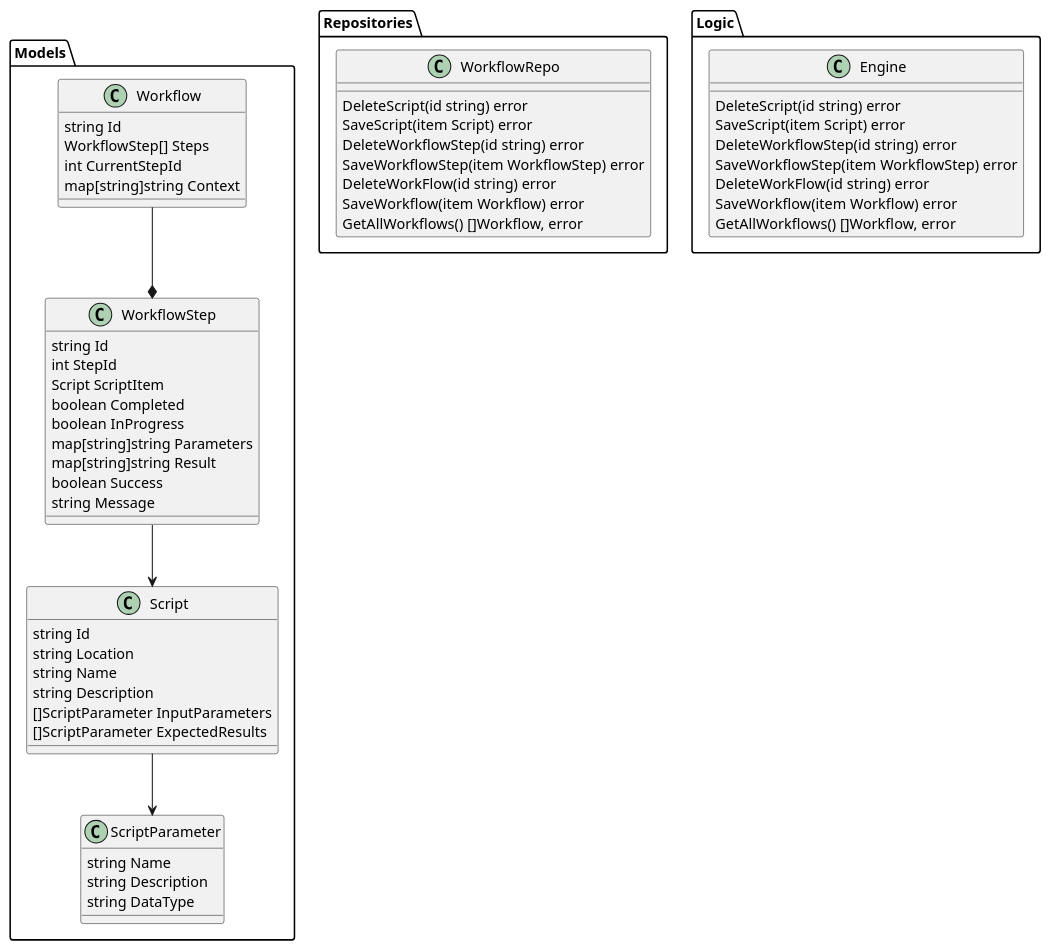
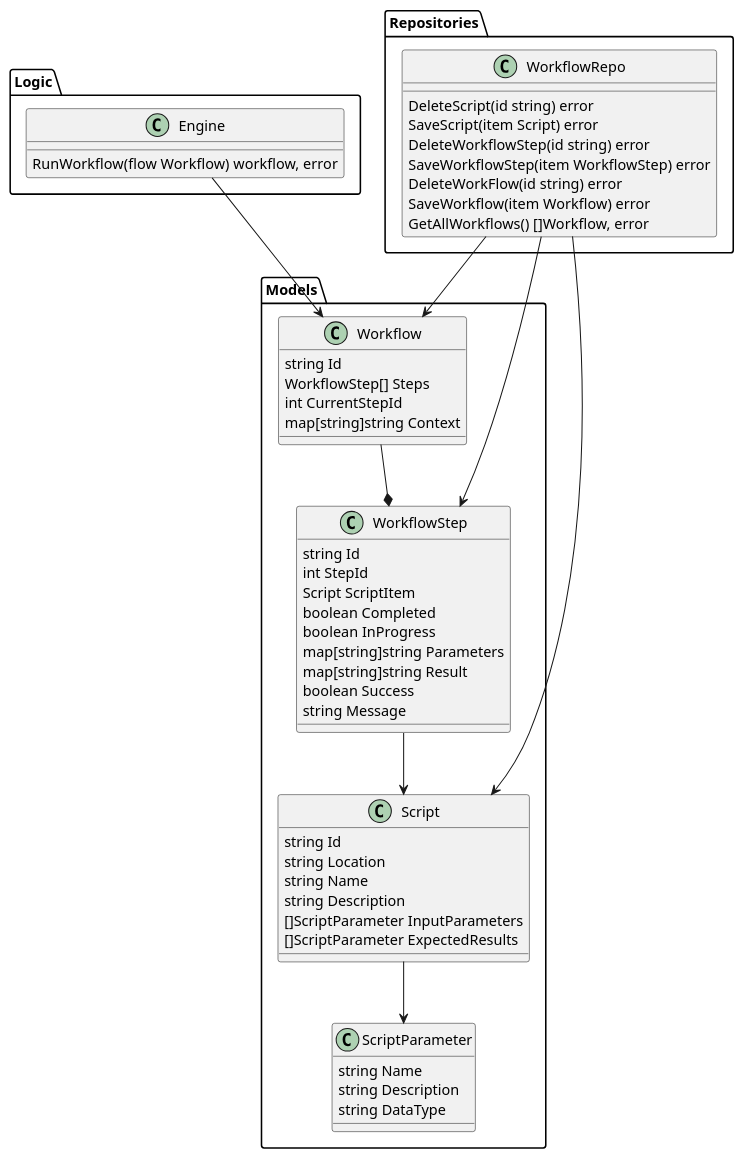
One commit to Mallekoppie/script-workflow-engine changed the diagram in design/classes.wsd. Above: the diagram before and after it, drawn with PlantUML.

Commit message:
Starting point

```diff
--- a/design/classes.wsd
+++ b/design/classes.wsd
@@ -1,68 +1,67 @@
 @startuml
 
 package Models {
     class ScriptParameter {
         string Name
         string Description
         string DataType
     }
 
     class Script {
         string Id
         string Location
         string Name
         string Description
         []ScriptParameter InputParameters
         []ScriptParameter ExpectedResults
     }
 
     class WorkflowStep {
         string Id
         int StepId
         Script ScriptItem
         boolean Completed
         boolean InProgress
         map[string]string Parameters
         map[string]string Result
         boolean Success
         string Message
     }
 
     class Workflow {
         string Id
         WorkflowStep[] Steps
         int CurrentStepId
         map[string]string Context
     }
 }
 
 Script --> ScriptParameter
 WorkflowStep --> Script
 Workflow --* WorkflowStep
 
 package Repositories {
     class WorkflowRepo {
         DeleteScript(id string) error
         SaveScript(item Script) error
         DeleteWorkflowStep(id string) error
         SaveWorkflowStep(item WorkflowStep) error
         DeleteWorkFlow(id string) error
         SaveWorkflow(item Workflow) error
         GetAllWorkflows() []Workflow, error
     }
 }
 
+WorkflowRepo --> Workflow
+WorkflowRepo --> WorkflowStep
+WorkflowRepo --> Script
+
 package Logic {
     class Engine {
-        DeleteScript(id string) error
-        SaveScript(item Script) error
-        DeleteWorkflowStep(id string) error
-        SaveWorkflowStep(item WorkflowStep) error
-        DeleteWorkFlow(id string) error
-        SaveWorkflow(item Workflow) error
-        GetAllWorkflows() []Workflow, error
+        RunWorkflow(flow Workflow) workflow, error
     }
 }
 
+Engine --> Workflow
 
 @enduml
```
